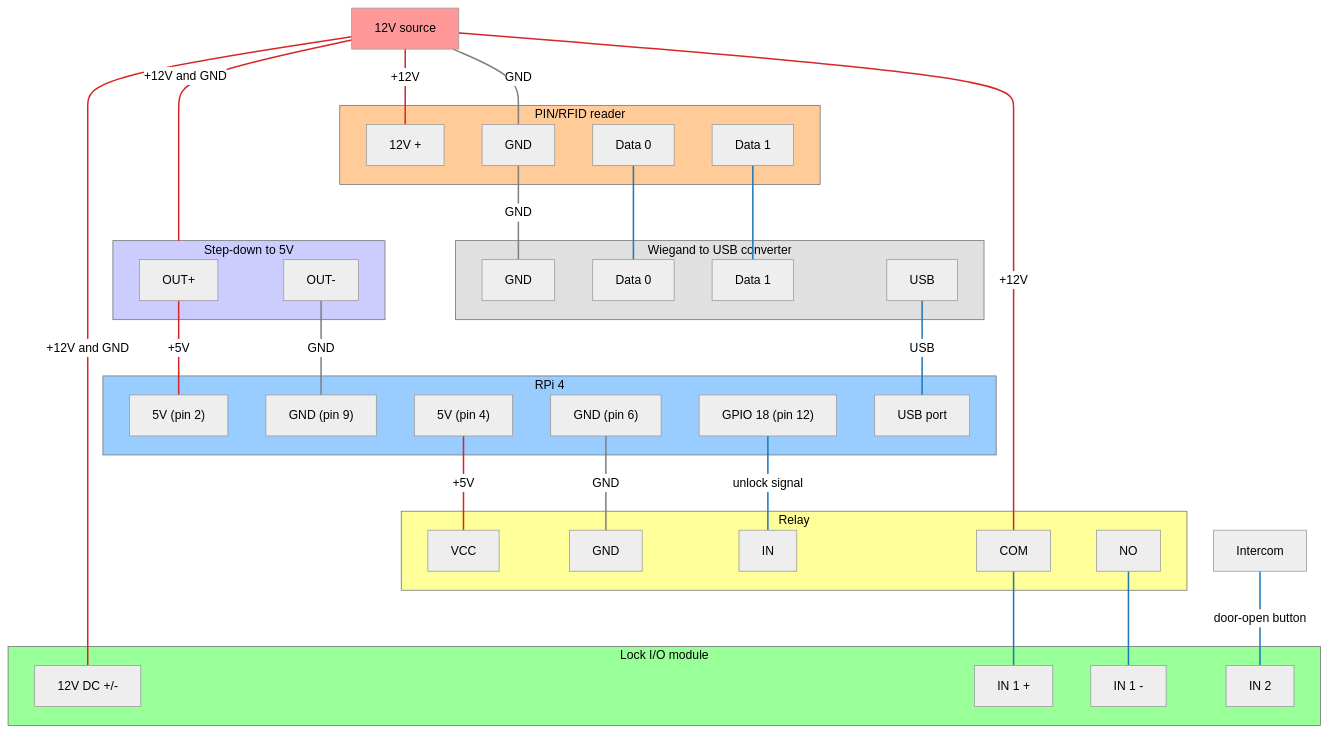
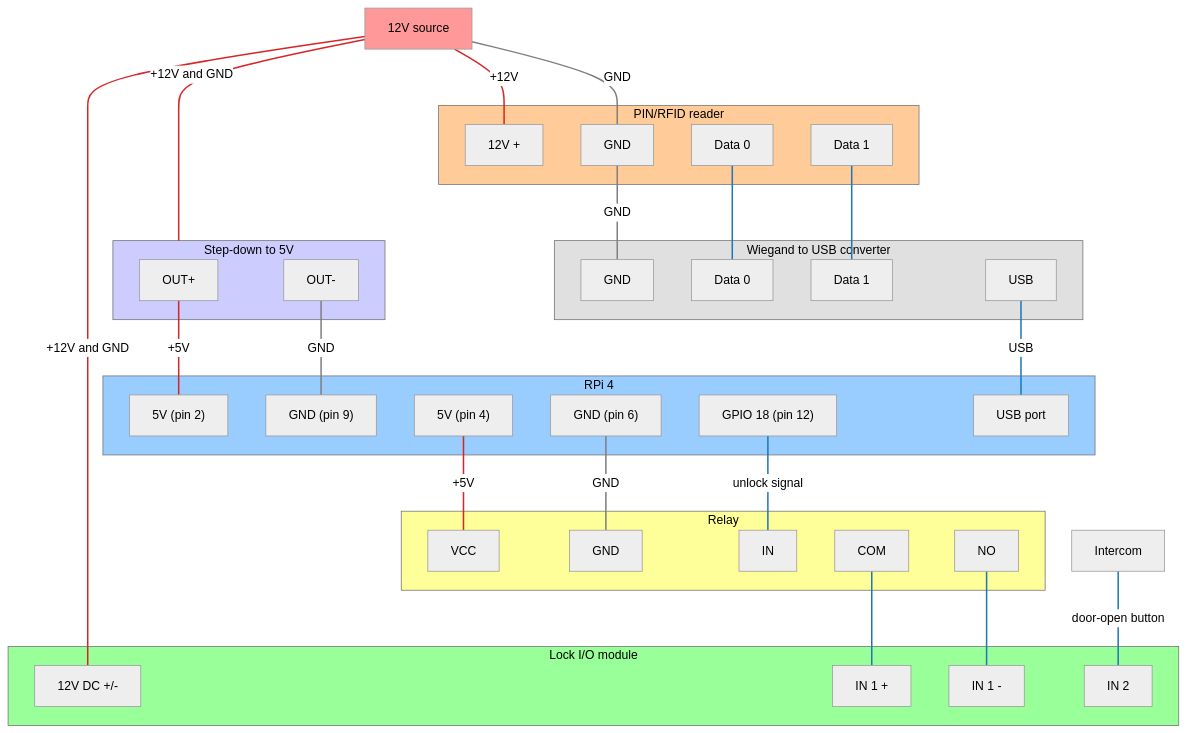
One commit to jonasjancarik/anlok changed the diagram in services/access-api/README.md. Above: the diagram before and after it, drawn with Mermaid (neutral theme). The commit also changed other lines of this file, not shown here.

Commit message:
Drop the 12V wire to relay COM from the wiring diagram
The lock I/O module's IN 1 is a potential-free contact input, so the
relay only needs to bridge IN 1 + and IN 1 -. Feeding +12V to COM is not
required. The diagram no longer shows that wire, the link styles are
renumbered to match, and the text explains how IN 1 is triggered.

````diff
--- a/services/access-api/README.md
+++ b/services/access-api/README.md
@@ -43,72 +43,71 @@
 ```mermaid
 flowchart TD
   src12V["12V source"]
   intercom["Intercom"]
   subgraph dcDc5V["Step-down to 5V"]
         sdOutPos["OUT+"]
         sdOutNeg["OUT-"]
   end
   subgraph rpi["RPi 4"]
         rpi5vPin2["5V (pin 2)"]
         rpiGndPin9["GND (pin 9)"]
         rpi5vPin4["5V (pin 4)"]
         rpiGndPin6["GND (pin 6)"]
         rpiGPIO18["GPIO 18 (pin 12)"]
         rpiUSB["USB port"]
   end
   subgraph relay["Relay"]
         relayVcc["VCC"]
         relayGnd["GND"]
         relayIn["IN"]
         relayCom["COM"]
         relayNo["NO"]
   end
   subgraph pinRfid["PIN/RFID reader"]
         readerPos["12V +"]
         readerGnd["GND"]
         readerData0["Data 0"]
         readerData1["Data 1"]
   end
   subgraph usbWiegand["Wiegand to USB converter"]
         convGnd["GND"]
         convData0["Data 0"]
         convData1["Data 1"]
         convUsb["USB"]
   end
   subgraph ioModule["Lock I/O module"]
         ioPower["12V DC +/-"]
         ioIn1Pos["IN 1 +"]
         ioIn1Neg["IN 1 -"]
         ioIn2["IN 2"]
   end
 
     src12V ---|"+12V and GND"| dcDc5V
     src12V ---|"+12V and GND"| ioPower
     src12V ---|"+12V"| readerPos
-    src12V ---|"+12V"| relayCom
     sdOutPos ---|"+5V"| rpi5vPin2
     rpi5vPin4 ---|"+5V"| relayVcc
     src12V ---|"GND"| readerGnd
     sdOutNeg ---|"GND"| rpiGndPin9
     rpiGndPin6 ---|"GND"| relayGnd
     readerGnd ---|"GND"| convGnd
     rpiGPIO18 ---|"unlock signal"| relayIn
     readerData0 --- convData0
     readerData1 --- convData1
     convUsb ---|"USB"| rpiUSB
     relayCom --- ioIn1Pos
     relayNo --- ioIn1Neg
     intercom ---|"door-open button"| ioIn2
 
-    linkStyle 0,1,2,3,4,5 stroke:#d62728,stroke-width:2px
-    linkStyle 6,7,8,9 stroke:#7f7f7f,stroke-width:2px
-    linkStyle 10,11,12,13,14,15,16 stroke:#1f77b4,stroke-width:2px
+    linkStyle 0,1,2,3,4 stroke:#d62728,stroke-width:2px
+    linkStyle 5,6,7,8 stroke:#7f7f7f,stroke-width:2px
+    linkStyle 9,10,11,12,13,14,15 stroke:#1f77b4,stroke-width:2px
 
     style src12V fill:#ff9999,color:#000
     style dcDc5V fill:#ccccff,color:#000
     style rpi fill:#99ccff,color:#000
     style pinRfid fill:#ffcc99,color:#000
     style usbWiegand fill:#e0e0e0,color:#000
     style ioModule fill:#99ff99,color:#000
     style relay fill:#ffff99,color:#000
 ```
````
